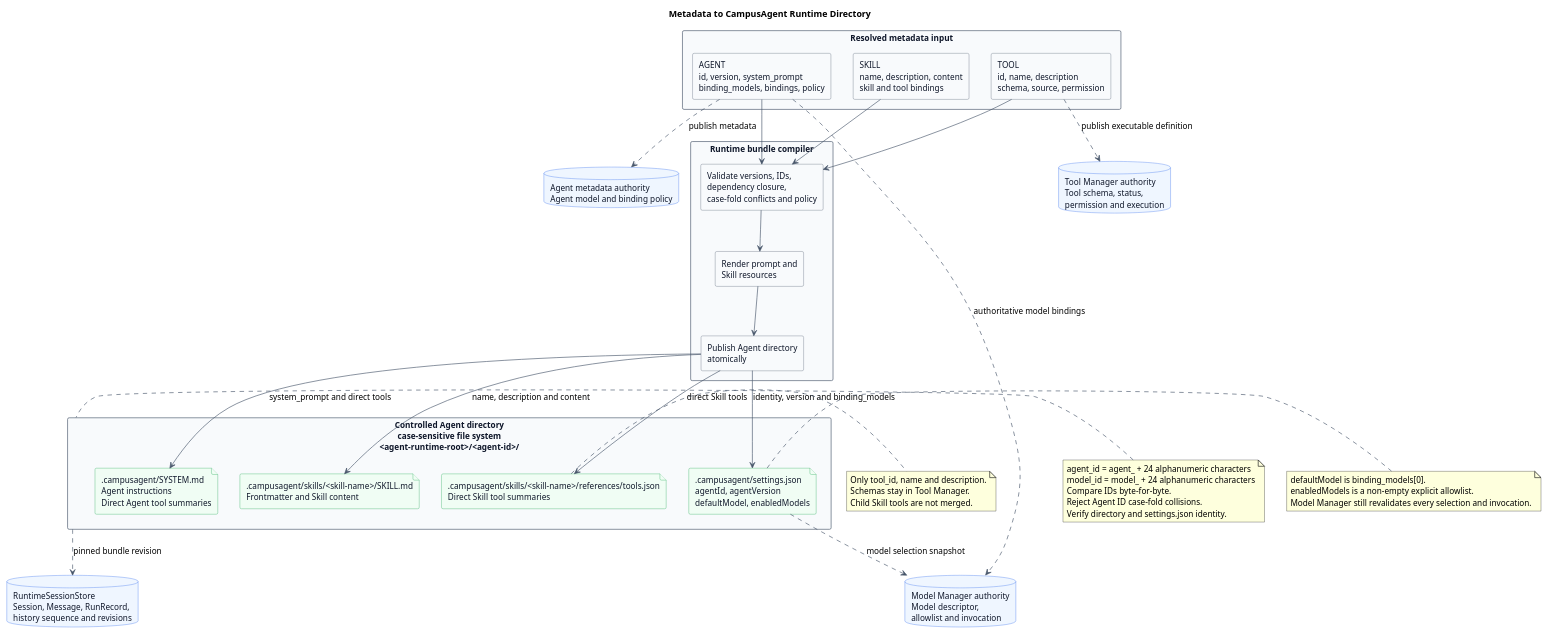
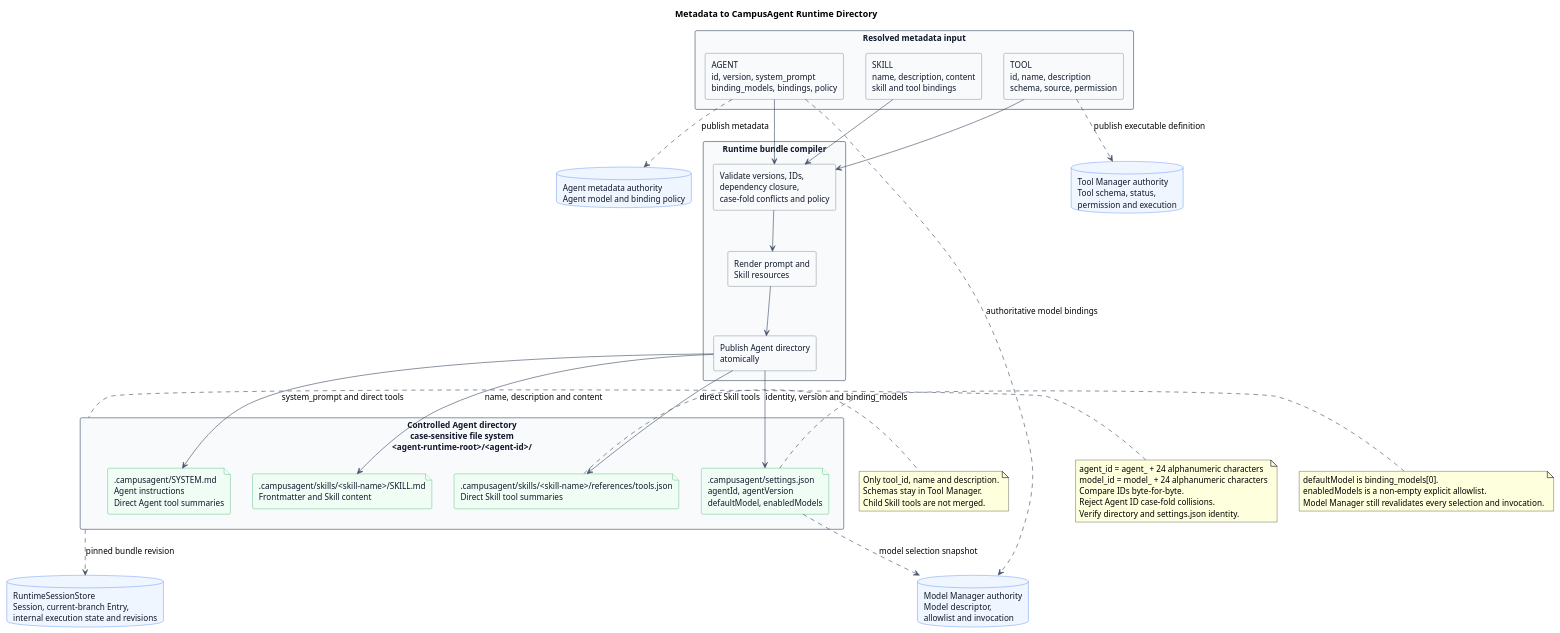
Before and after one commit to ssm0808/pi-mono-java-design: the first of 14 diagrams in pi-mono-java-manager-driven-multi-agent-runtime/diagram.puml, drawn with PlantUML. The commit also changed other lines of this file and 61 other files, not shown here.

```diff
--- a/pi-mono-java-manager-driven-multi-agent-runtime/diagram.puml
+++ b/pi-mono-java-manager-driven-multi-agent-runtime/diagram.puml
@@ -1,97 +1,97 @@
 @startuml metadata_runtime_directory_mapping
 title Metadata to CampusAgent Runtime Directory
 
 ' Source evidence:
 ' pi-mono packages/coding-agent/src/core/skills.ts: Skill, loadSkillFromFile, formatSkillsForPrompt
 ' pi-mono-java modules/coding-agent-cli/src/main/java/com/campusclaw/codingagent/context/ContextFileLoader.java: loadSystemPrompt
 ' pi-mono-java modules/coding-agent-cli/src/main/java/com/campusclaw/codingagent/session/AgentSession.java: loadSkills
 ' Observed behavior: pi and pi-mono-java discover Skill metadata from SKILL.md frontmatter.
 ' Java divergence: the target compiler materializes only one controlled Agent directory.
 ' Target design: the Managed loader reads .campusagent only; legacy code keeps .campusclaw.
 ' Target design: RuntimeSessionStore persists Session state in a shared database.
 ' Target design: Agent and Model IDs use resource prefixes plus 24 alphanumeric characters.
 ' Design reason: raw case-sensitive Agent IDs require a case-sensitive root and collision guard.
 ' Target design: compiled settings.json carries Agent identity, version, default model, and model allowlist.
 ' Design reason: keep Agent-specific disclosure local while Managers remain runtime authorities.
 
 skinparam backgroundColor #FFFFFF
 skinparam shadowing false
 skinparam defaultFontName Arial
 skinparam defaultFontSize 13
 skinparam rectangle {
   BackgroundColor #F8FAFC
   BorderColor #475569
   FontColor #0F172A
 }
 skinparam database {
   BackgroundColor #EFF6FF
   BorderColor #2563EB
   FontColor #0F172A
 }
 skinparam file {
   BackgroundColor #F0FDF4
   BorderColor #16A34A
   FontColor #0F172A
 }
 skinparam ArrowColor #475569
 
 rectangle "Resolved metadata input" as Input {
   rectangle "AGENT\nid, version, system_prompt\nbinding_models, bindings, policy" as AgentMetadata
   rectangle "SKILL\nname, description, content\nskill and tool bindings" as SkillMetadata
   rectangle "TOOL\nid, name, description\nschema, source, permission" as ToolMetadata
 }
 
 rectangle "Runtime bundle compiler" as Compiler {
   rectangle "Validate versions, IDs,\ndependency closure,\ncase-fold conflicts and policy" as Validate
   rectangle "Render prompt and\nSkill resources" as Render
   rectangle "Publish Agent directory\natomically" as Publish
 }
 
 rectangle "Controlled Agent directory\ncase-sensitive file system\n<agent-runtime-root>/<agent-id>/" as AgentDirectory {
   file ".campusagent/settings.json\nagentId, agentVersion\ndefaultModel, enabledModels" as SettingsFile
   file ".campusagent/SYSTEM.md\nAgent instructions\nDirect Agent tool summaries" as SystemFile
   file ".campusagent/skills/<skill-name>/SKILL.md\nFrontmatter and Skill content" as SkillFile
   file ".campusagent/skills/<skill-name>/references/tools.json\nDirect Skill tool summaries" as SkillToolsFile
 }
 
 database "Agent metadata authority\nAgent model and binding policy" as AgentAuthority
 database "Tool Manager authority\nTool schema, status,\npermission and execution" as ToolManager
 database "Model Manager authority\nModel descriptor,\nallowlist and invocation" as ModelManager
-database "RuntimeSessionStore\nSession, Message, RunRecord,\nhistory sequence and revisions" as SessionStore
+database "RuntimeSessionStore\nSession, current-branch Entry,\ninternal execution state and revisions" as SessionStore
 
 AgentMetadata --> Validate
 SkillMetadata --> Validate
 ToolMetadata --> Validate
 Validate --> Render
 Render --> Publish
 Publish --> SettingsFile : identity, version and binding_models
 Publish --> SystemFile : system_prompt and direct tools
 Publish --> SkillFile : name, description and content
 Publish --> SkillToolsFile : direct Skill tools
 
 AgentMetadata ..> AgentAuthority : publish metadata
 ToolMetadata ..> ToolManager : publish executable definition
 SettingsFile ..> ModelManager : model selection snapshot
 AgentMetadata ..> ModelManager : authoritative model bindings
 AgentDirectory ..> SessionStore : pinned bundle revision
 
 note right of SkillToolsFile
 Only tool_id, name and description.
 Schemas stay in Tool Manager.
 Child Skill tools are not merged.
 end note
 
 note left of AgentDirectory
 agent_id = agent_ + 24 alphanumeric characters
 model_id = model_ + 24 alphanumeric characters
 Compare IDs byte-for-byte.
 Reject Agent ID case-fold collisions.
 Verify directory and settings.json identity.
 end note
 
 note right of SettingsFile
 defaultModel is binding_models[0].
 enabledModels is a non-empty explicit allowlist.
 Model Manager still revalidates every selection and invocation.
 end note
 @enduml
```
